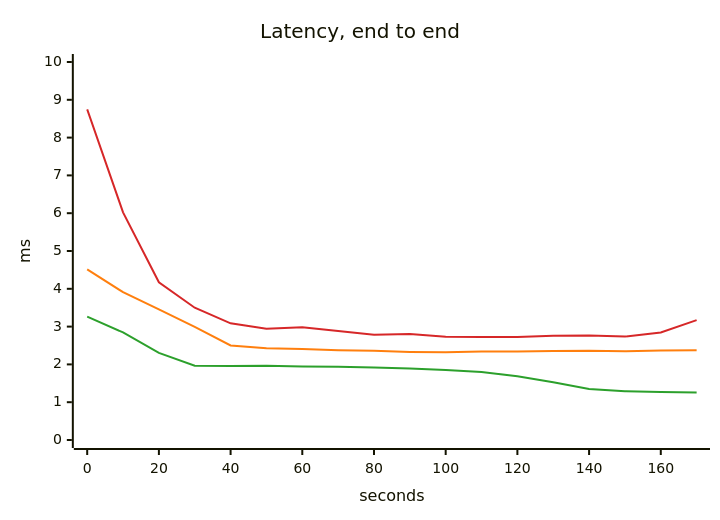
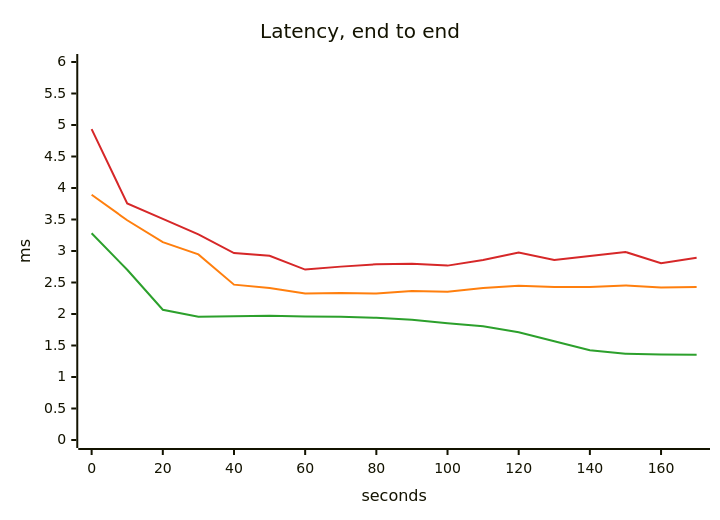
The third of 5 diagrams in scenarios/statement-day/solutions/more-memory/report.md (akinfemi/load-lore), drawn with Mermaid before and after one commit. The commit also changed other lines of this file and 125 other files, not shown here.

````diff
--- a/scenarios/statement-day/solutions/more-memory/report.md
+++ b/scenarios/statement-day/solutions/more-memory/report.md
@@ -56,16 +56,16 @@
 ```mermaid
 ---
 config:
   themeVariables:
     xyChart:
       backgroundColor: "transparent"
       plotColorPalette: "#2ca02c, #ff7f0e, #d62728"
 ---
 xychart-beta
     title "Latency, end to end"
     x-axis "seconds" 0 --> 170
-    y-axis "ms" 0 --> 10
-    line [3.263, 2.845, 2.305, 1.964, 1.96, 1.963, 1.944, 1.935, 1.918, 1.889, 1.851, 1.801, 1.684, 1.53, 1.351, 1.291, 1.273, 1.258]
-    line [4.514, 3.91, 3.456, 2.991, 2.501, 2.429, 2.406, 2.375, 2.36, 2.33, 2.319, 2.344, 2.338, 2.353, 2.362, 2.347, 2.367, 2.372]
-    line [8.748, 6.022, 4.173, 3.5, 3.086, 2.946, 2.984, 2.883, 2.786, 2.806, 2.734, 2.722, 2.728, 2.758, 2.762, 2.738, 2.844, 3.172]
+    y-axis "ms" 0 --> 6
+    line [3.281, 2.702, 2.067, 1.958, 1.963, 1.973, 1.961, 1.956, 1.939, 1.907, 1.853, 1.806, 1.71, 1.568, 1.424, 1.371, 1.356, 1.352]
+    line [3.893, 3.488, 3.14, 2.946, 2.466, 2.412, 2.325, 2.334, 2.325, 2.365, 2.354, 2.412, 2.449, 2.429, 2.428, 2.453, 2.419, 2.427]
+    line [4.935, 3.754, 3.51, 3.265, 2.967, 2.924, 2.705, 2.752, 2.79, 2.797, 2.768, 2.856, 2.975, 2.858, 2.92, 2.985, 2.806, 2.893]
 ```
````
